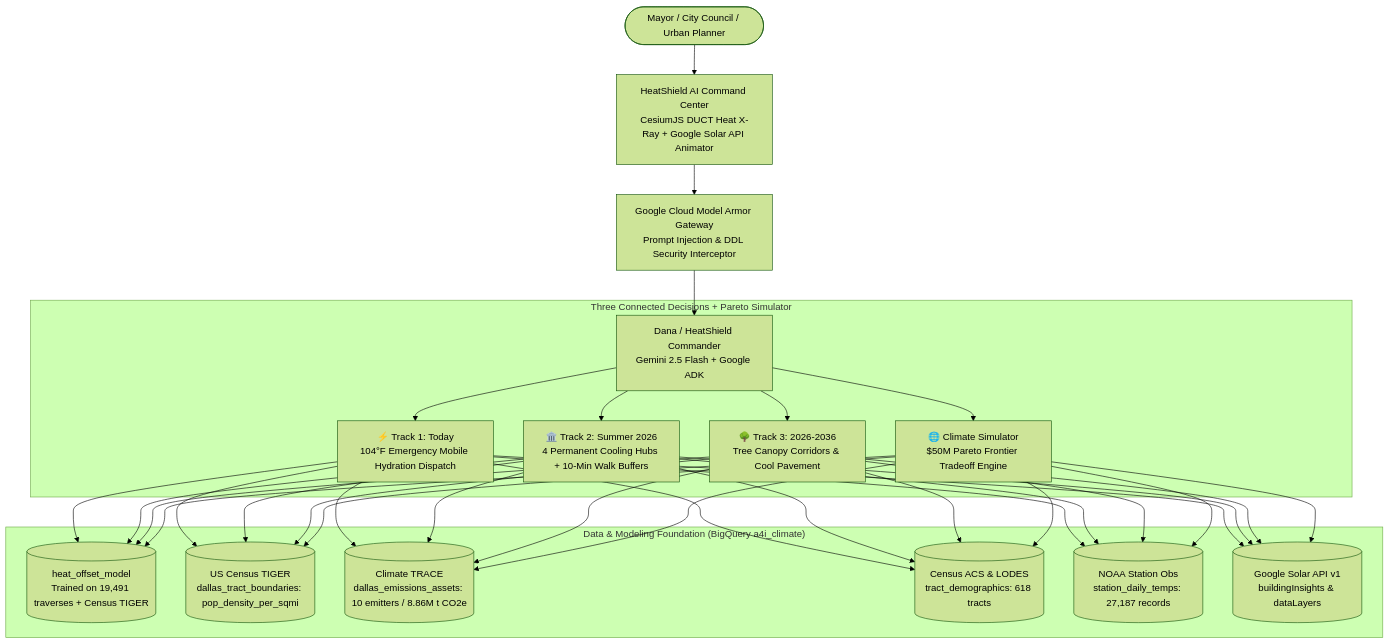
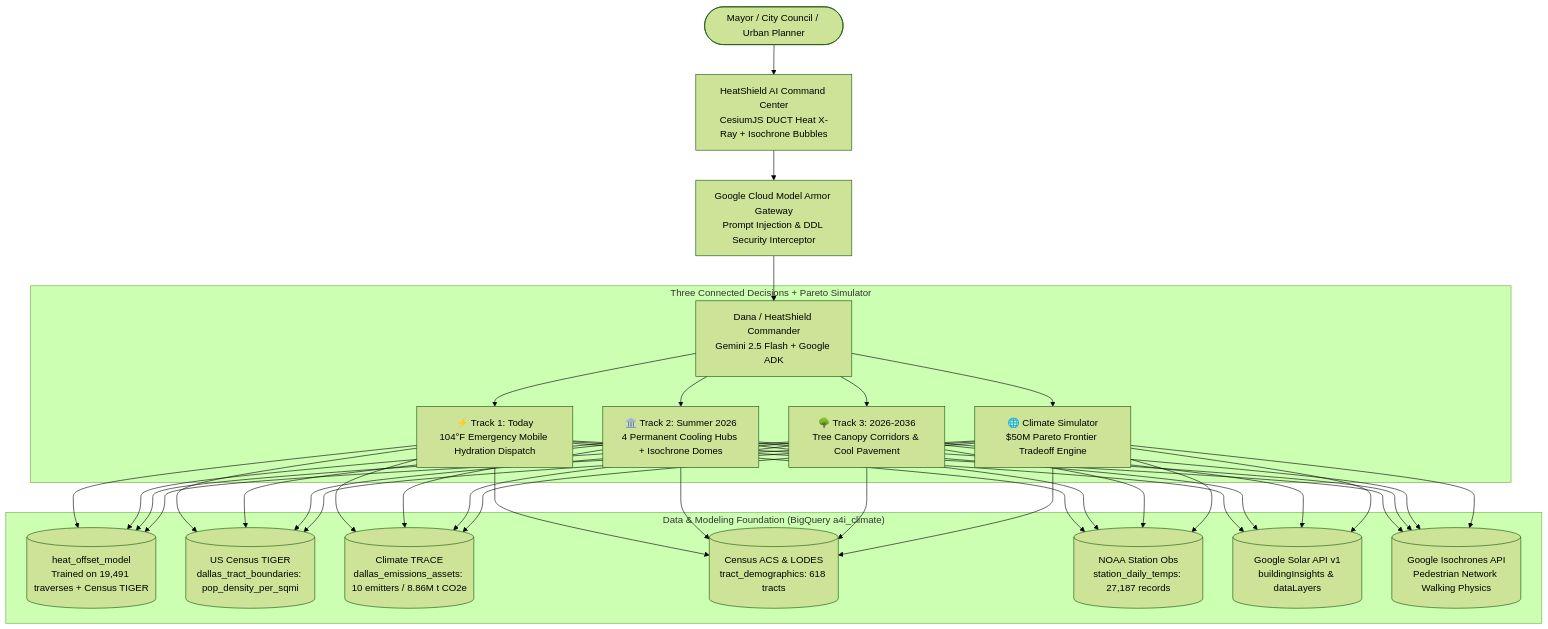
Before and after one commit to UrbanHeatOrg/UrbanHeat: the diagram in WALKTHROUGH.md, drawn with Mermaid (forest theme). The commit also changed other lines of this file and 7 other files, not shown here.

Commit message:
feat: Add Google Isochrones API cooling accessibility bubbles, 3D volumetric protective domes, and interactive walking physics

````diff
--- a/WALKTHROUGH.md
+++ b/WALKTHROUGH.md
@@ -17,24 +20,25 @@
 ```mermaid
 graph TD
-    User([Mayor / City Council / Urban Planner]) --> UI[HeatShield AI Command Center<br/>CesiumJS DUCT Heat X-Ray + Google Solar API Animator]
+    User([Mayor / City Council / Urban Planner]) --> UI[HeatShield AI Command Center<br/>CesiumJS DUCT Heat X-Ray + Isochrone Bubbles]
     UI --> Armor[Google Cloud Model Armor Gateway<br/>Prompt Injection & DDL Security Interceptor]
     Armor --> Agent[Dana / HeatShield Commander<br/>Gemini 2.5 Flash + Google ADK]
 
     subgraph "Three Connected Decisions + Pareto Simulator"
         Agent --> Track1[⚡ Track 1: Today<br/>104°F Emergency Mobile Hydration Dispatch]
-        Agent --> Track2[🏛️ Track 2: Summer 2026<br/>4 Permanent Cooling Hubs + 10-Min Walk Buffers]
+        Agent --> Track2[🏛️ Track 2: Summer 2026<br/>4 Permanent Cooling Hubs + Isochrone Domes]
         Agent --> Track3[🌳 Track 3: 2026-2036<br/>Tree Canopy Corridors & Cool Pavement]
         Agent --> Simulator[🌐 Climate Simulator<br/>$50M Pareto Frontier Tradeoff Engine]
     end
 
     subgraph "Data & Modeling Foundation (BigQuery a4i_climate)"
         BQML[(heat_offset_model<br/>Trained on 19,491 traverses + Census TIGER)]
         TIGER[(US Census TIGER<br/>dallas_tract_boundaries: pop_density_per_sqmi)]
         CT[(Climate TRACE<br/>dallas_emissions_assets: 10 emitters / 8.86M t CO2e)]
         Demog[(Census ACS & LODES<br/>tract_demographics: 618 tracts)]
         Stations[(NOAA Station Obs<br/>station_daily_temps: 27,187 records)]
         Solar[(Google Solar API v1<br/>buildingInsights & dataLayers)]
+        Isochrones[(Google Isochrones API<br/>Pedestrian Network Walking Physics)]
     end
 
-    Track1 & Track2 & Track3 & Simulator --> BQML & TIGER & CT & Demog & Stations & Solar
+    Track1 & Track2 & Track3 & Simulator --> BQML & TIGER & CT & Demog & Stations & Solar & Isochrones
 ```
````
